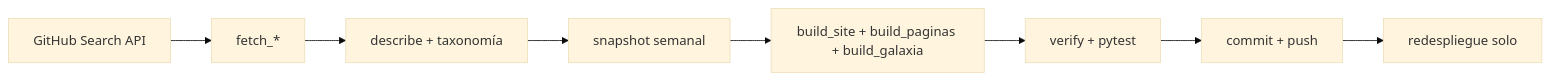
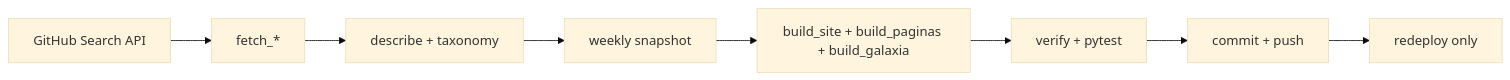
One commit to Marusan94/pulso-github changed the diagram in README.md. Above: the diagram before and after it, drawn with Mermaid (base theme). The commit also changed other lines of this file, not shown here.

````diff
--- a/README.md
+++ b/README.md
@@ -40,10 +56,10 @@
 ```mermaid
 flowchart LR
     API[GitHub Search API] --> FETCH[fetch_*]
-    FETCH --> DESC[describe + taxonomía]
-    DESC --> SNAP[snapshot semanal]
+    FETCH --> DESC[describe + taxonomy]
+    DESC --> SNAP[weekly snapshot]
     SNAP --> BUILD[build_site + build_paginas + build_galaxia]
     BUILD --> CHECK[verify + pytest]
     CHECK --> PUSH[commit + push]
-    PUSH --> DEPLOY[redespliegue solo]
+    PUSH --> DEPLOY[redeploy only]
 ```
````
